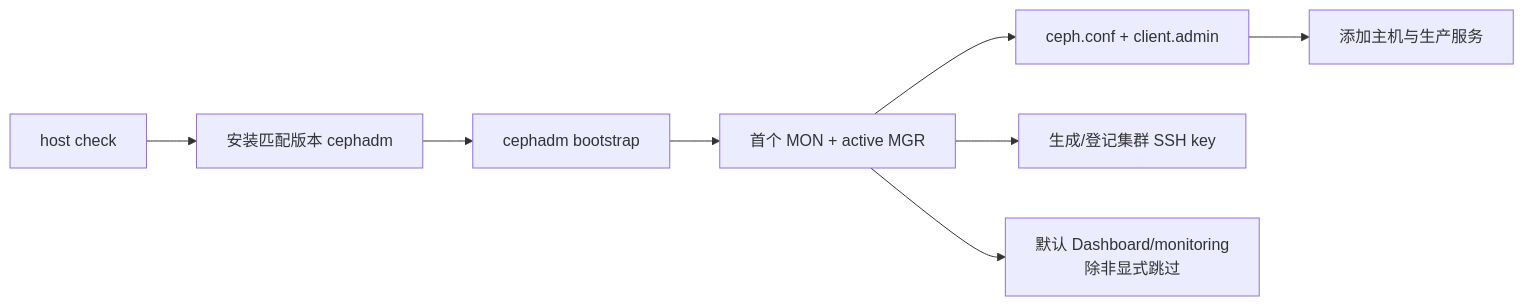
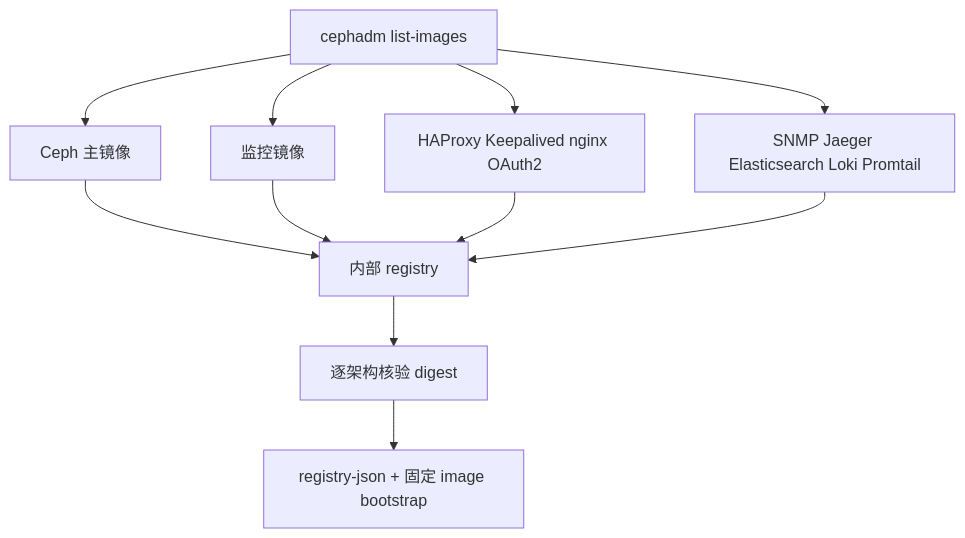
The fifth of 43 diagrams in docs/storage/ceph/02-cephadm.md (brinnatt/kubeauto), drawn with Mermaid before and after one commit. The commit also changed other lines of this file and 1 other file, not shown here.

Commit message:
[new] cephadm supplied

````diff
--- a/docs/storage/ceph/02-cephadm.md
+++ b/docs/storage/ceph/02-cephadm.md
@@ -43,10 +208,10 @@
 ```mermaid
-flowchart LR
-  CHECK[host check] --> GET[安装匹配版本 cephadm]
-  GET --> BOOT[cephadm bootstrap]
-  BOOT --> MM[首个 MON + active MGR]
-  MM --> ADMIN[ceph.conf + client.admin]
-  MM --> SSH[生成/登记集群 SSH key]
-  MM --> UI[默认 Dashboard/monitoring<br/>除非显式跳过]
-  ADMIN --> EXPAND[添加主机与生产服务]
+flowchart TD
+  L[cephadm list-images] --> C[Ceph 主镜像]
+  L --> M[监控镜像]
+  L --> G[HAProxy Keepalived nginx OAuth2]
+  L --> O[SNMP Jaeger Elasticsearch Loki Promtail]
+  C & M & G & O --> R[内部 registry]
+  R --> D[逐架构核验 digest]
+  D --> B[registry-json + 固定 image bootstrap]
 ```
````
